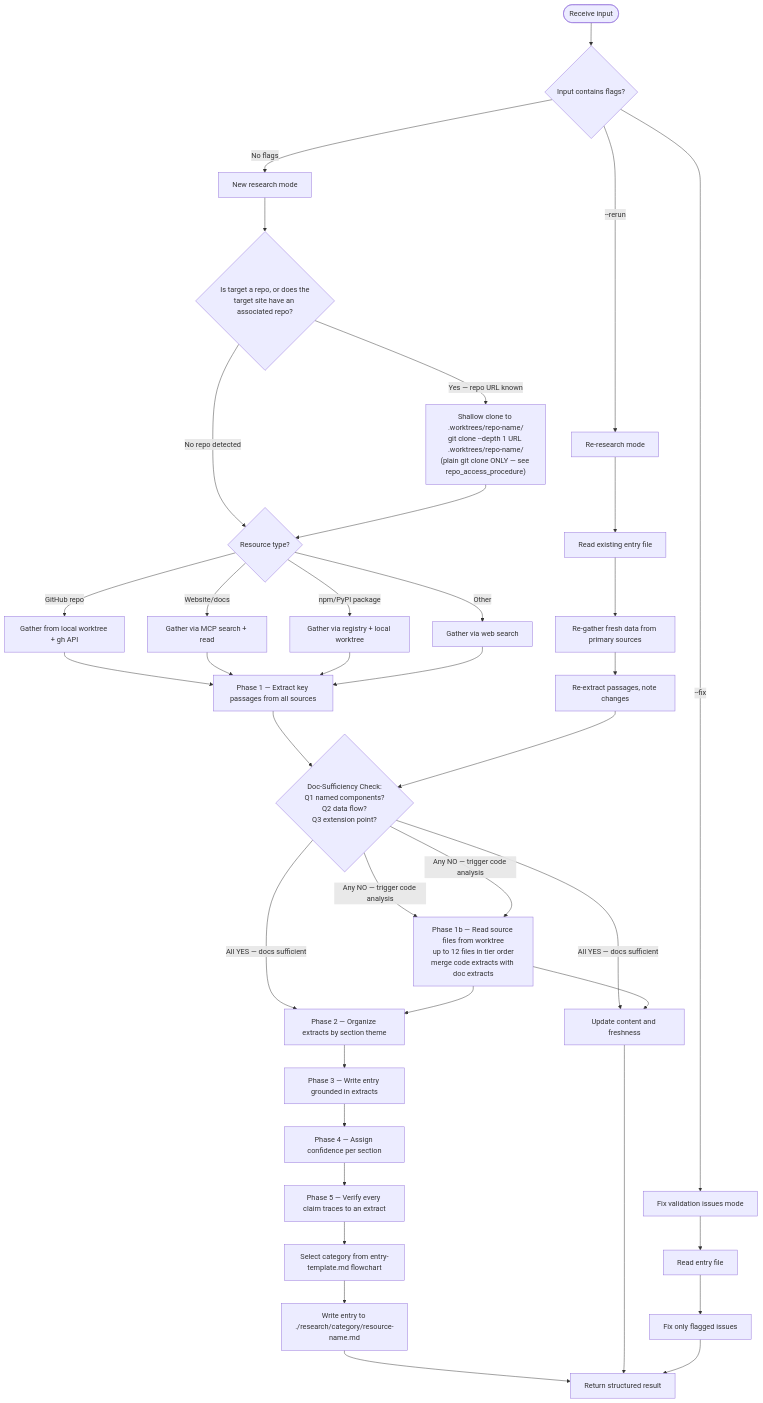
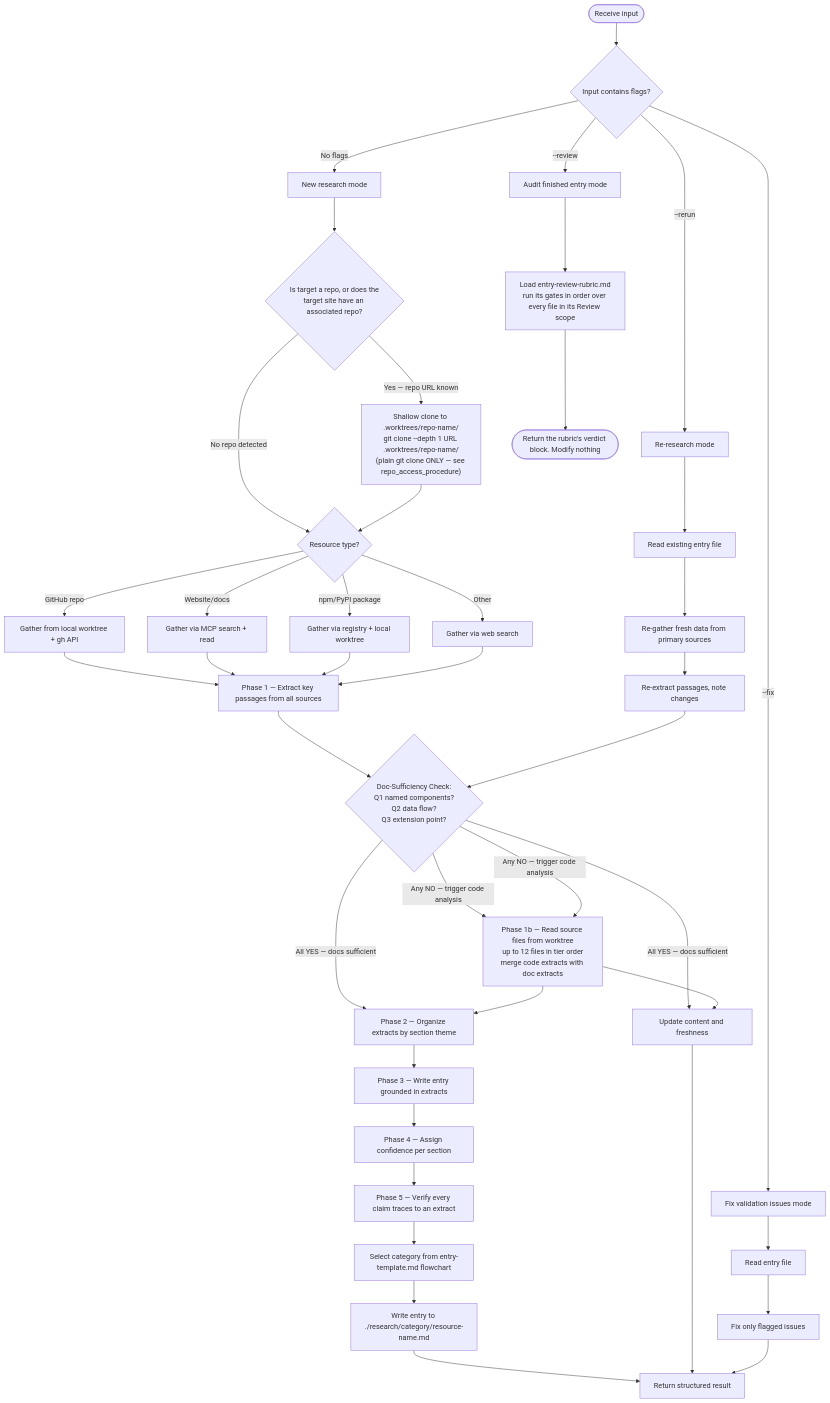
The first of 2 diagrams in .claude/agents/research-curator.md (Jamie-BitFlight/claude_skills), drawn with Mermaid before and after one commit. The commit also changed other lines of this file and 2 other files, not shown here.

````diff
--- a/.claude/agents/research-curator.md
+++ b/.claude/agents/research-curator.md
@@ -24,46 +24,50 @@
 ```mermaid
 flowchart TD
     Start([Receive input]) --> CheckFlags{Input contains flags?}
     CheckFlags -->|--rerun| Rerun[Re-research mode]
     CheckFlags -->|--fix| Fix[Fix validation issues mode]
+    CheckFlags -->|--review| Review[Audit finished entry mode]
     CheckFlags -->|No flags| New[New research mode]
 
     New --> DetectRepo{Is target a repo, or does the<br>target site have an associated repo?}
     DetectRepo -->|"Yes — repo URL known"| Clone["Shallow clone to .worktrees/repo-name/<br>git clone --depth 1 URL .worktrees/repo-name/<br>(plain git clone ONLY — see repo_access_procedure)"]
     DetectRepo -->|"No repo detected"| Identify{Resource type?}
     Clone --> Identify{Resource type?}
 
     Identify -->|GitHub repo| GH[Gather from local worktree + gh API]
     Identify -->|Website/docs| Web[Gather via MCP search + read]
     Identify -->|npm/PyPI package| Pkg[Gather via registry + local worktree]
     Identify -->|Other| Other[Gather via web search]
 
     GH --> Extract[Phase 1 — Extract key passages from all sources]
     Web --> Extract
     Pkg --> Extract
     Other --> Extract
 
     Extract --> DocCheck{Doc-Sufficiency Check:<br>Q1 named components?<br>Q2 data flow?<br>Q3 extension point?}
     DocCheck -->|"All YES — docs sufficient"| Organize[Phase 2 — Organize extracts by section theme]
     DocCheck -->|"Any NO — trigger code analysis"| Phase1b[Phase 1b — Read source files from worktree<br>up to 12 files in tier order<br>merge code extracts with doc extracts]
     Phase1b --> Organize
     Organize --> Write[Phase 3 — Write entry grounded in extracts]
     Write --> Confidence[Phase 4 — Assign confidence per section]
     Confidence --> Validate[Phase 5 — Verify every claim traces to an extract]
     Validate --> SelectCat[Select category from entry-template.md flowchart]
     SelectCat --> WriteFile[Write entry to ./research/category/resource-name.md]
     WriteFile --> Return[Return structured result]
 
     Rerun --> ReadExisting[Read existing entry file]
     ReadExisting --> ReGather[Re-gather fresh data from primary sources]
     ReGather --> ReExtract[Re-extract passages, note changes]
     ReExtract --> DocCheck
     DocCheck -->|"All YES — docs sufficient"| UpdateEntry[Update content and freshness]
     DocCheck -->|"Any NO — trigger code analysis"| Phase1b
     Phase1b --> UpdateEntry
     UpdateEntry --> Return
 
     Fix --> ReadEntry[Read entry file]
     ReadEntry --> FixIssues[Fix only flagged issues]
     FixIssues --> Return
+
+    Review --> LoadRubric["Load entry-review-rubric.md<br>run its gates in order over every file in its Review scope"]
+    LoadRubric --> Verdict(["Return the rubric's verdict block. Modify nothing"])
 ```
````
